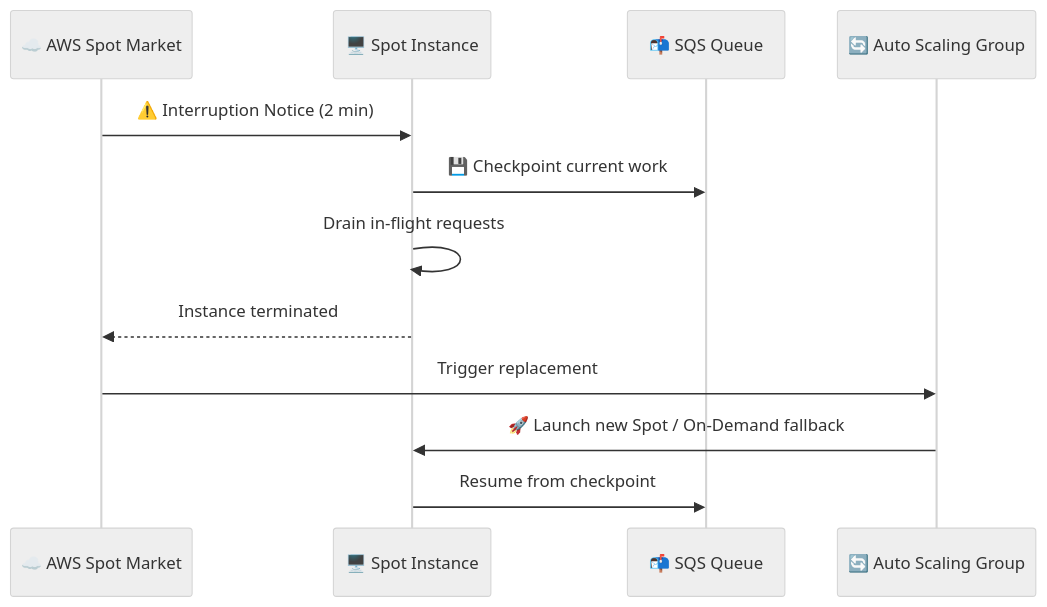
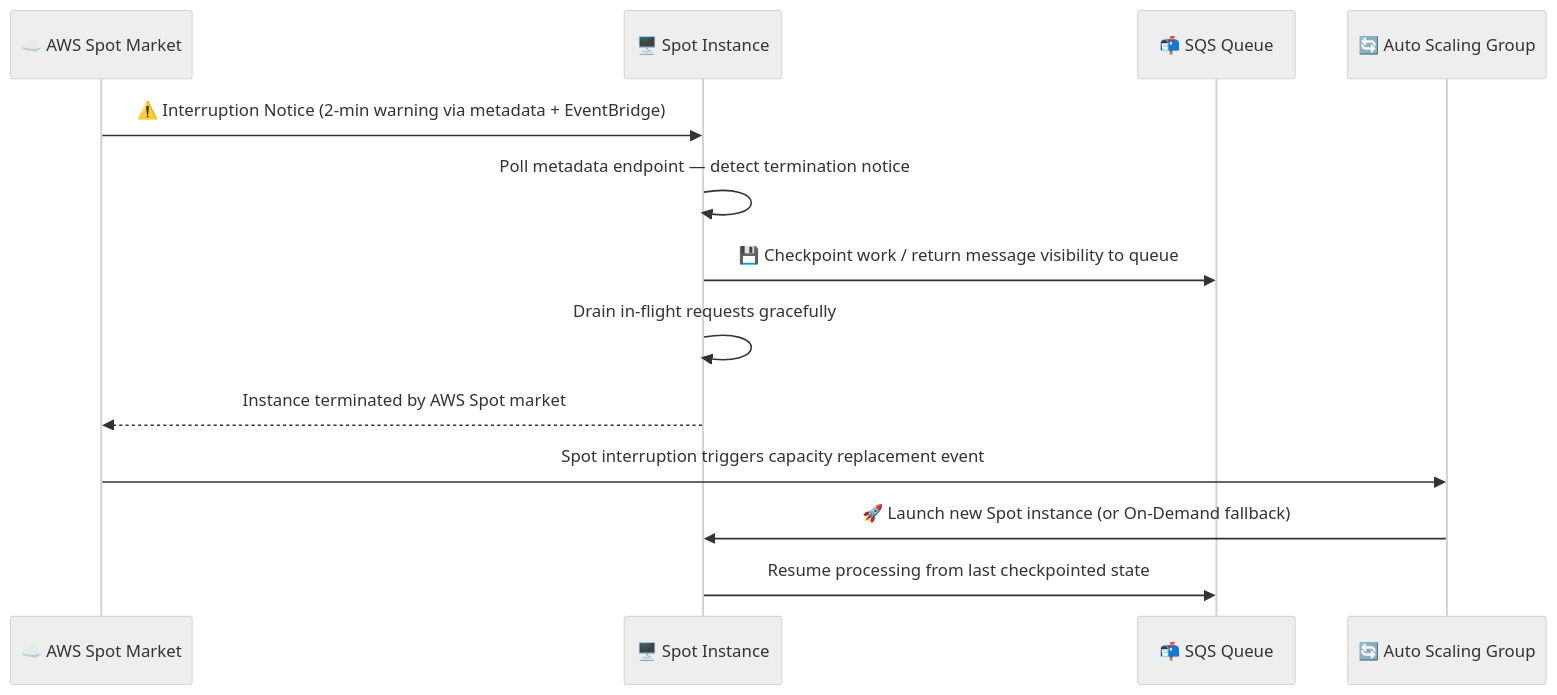
The third of 14 diagrams in EC2/ec2.md (dharmatejasiddabathina/Aws-ZeroToHero), drawn with Mermaid (neutral theme) before and after one commit. The commit also changed other lines of this file and 1 other file, not shown here.

````diff
--- a/EC2/ec2.md
+++ b/EC2/ec2.md
@@ -223,15 +328,16 @@
 ```mermaid
 sequenceDiagram
     participant AWS as ☁️ AWS Spot Market
     participant App as 🖥️ Spot Instance
     participant Queue as 📬 SQS Queue
     participant ASG as 🔄 Auto Scaling Group
 
-    AWS->>App: ⚠️ Interruption Notice (2 min)
-    App->>Queue: 💾 Checkpoint current work
-    App->>App: Drain in-flight requests
-    App-->>AWS: Instance terminated
-    AWS->>ASG: Trigger replacement
-    ASG->>App: 🚀 Launch new Spot / On-Demand fallback
-    App->>Queue: Resume from checkpoint
+    AWS->>App: ⚠️ Interruption Notice (2-min warning via metadata + EventBridge)
+    App->>App: Poll metadata endpoint — detect termination notice
+    App->>Queue: 💾 Checkpoint work / return message visibility to queue
+    App->>App: Drain in-flight requests gracefully
+    App-->>AWS: Instance terminated by AWS Spot market
+    AWS->>ASG: Spot interruption triggers capacity replacement event
+    ASG->>App: 🚀 Launch new Spot instance (or On-Demand fallback)
+    App->>Queue: Resume processing from last checkpointed state
 ```
````
